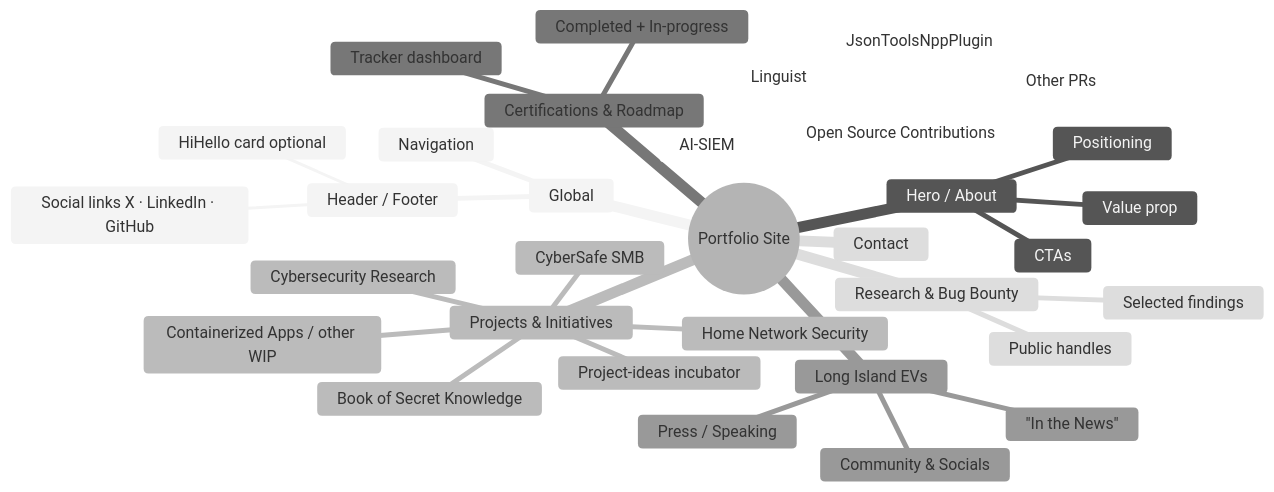
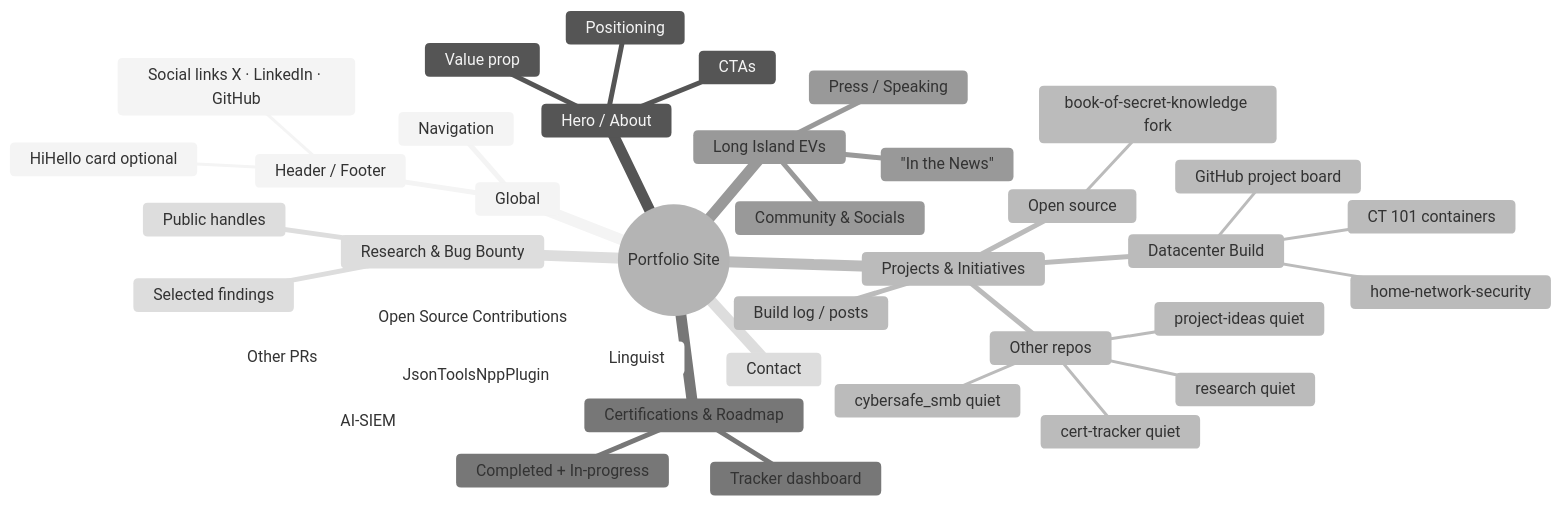
The diagram in docs/CONTENT-OUTLINE.md (jacob-kraniak/jacob-kraniak.github.io), drawn with Mermaid (neutral theme) before and after one commit. The commit also changed other lines of this file and 31 other files, not shown here.

Commit message:
Add Datacenter Build initiative page, posts feed, and slim repo list

````diff
--- a/docs/CONTENT-OUTLINE.md
+++ b/docs/CONTENT-OUTLINE.md
@@ -14,36 +14,42 @@
 ```mermaid
 mindmap
   root((Portfolio Site))
     Global
       Header / Footer
         Social links X · LinkedIn · GitHub
         HiHello card optional
       Navigation
     Hero / About
       Positioning
       Value prop
       CTAs
     Projects & Initiatives
-      Home Network Security
-      CyberSafe SMB
-      Cybersecurity Research
-      Project-ideas incubator
-      Book of Secret Knowledge
-      Containerized Apps / other WIP
+      Datacenter Build
+        home-network-security
+        CT 101 containers
+        GitHub project board
+      Build log / posts
+      Other repos
+        cert-tracker quiet
+        research quiet
+        project-ideas quiet
+        cybersafe_smb quiet
+      Open source
+        book-of-secret-knowledge fork
     Certifications & Roadmap
       Tracker dashboard
       Completed + In-progress
     Long Island EVs
       Community & Socials
       Press / Speaking
       "In the News"
     Research & Bug Bounty
       Public handles
       Selected findings
     Open Source Contributions
       AI-SIEM
       Linguist
       JsonToolsNppPlugin
       Other PRs
     Contact
 ```
````
